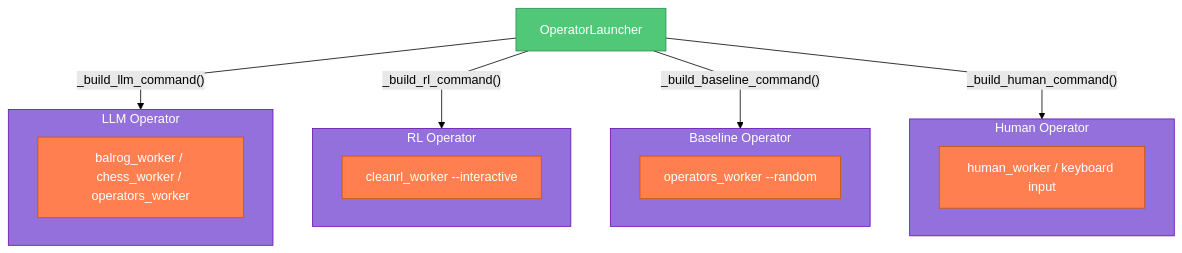
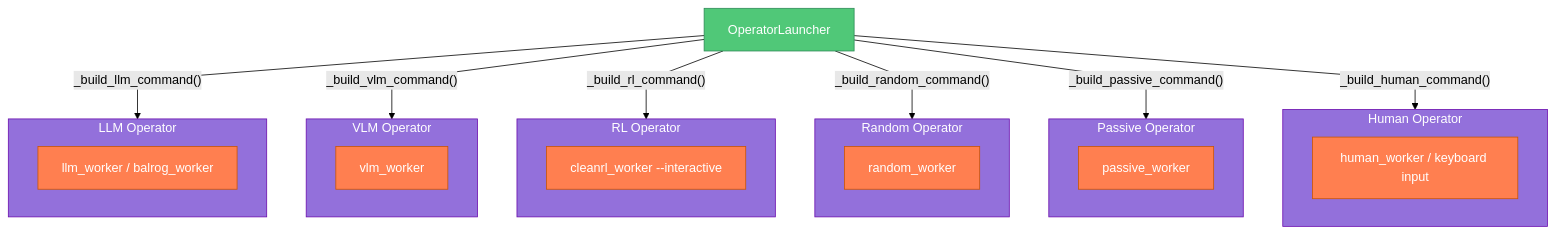
One commit to Abdulhamid97Mousa/mosaic changed the second of 4 diagrams in docs/source/documents/architecture/operators/architecture.rst. Above: the diagram before and after it, drawn with Mermaid (forest theme). The commit also changed other lines of this file and 353 other files, not shown here.

```diff
--- a/docs/source/documents/architecture/operators/architecture.rst
+++ b/docs/source/documents/architecture/operators/architecture.rst
@@ -192,36 +195,50 @@
 .. mermaid::
 
    %%{init: {"flowchart": {"curve": "linear"}} }%%
    graph TB
        LAUNCHER["OperatorLauncher"]
 
        subgraph OP_LLM["LLM Operator"]
-           LLM["balrog_worker / chess_worker / operators_worker"]
+           LLM["llm_worker / balrog_worker"]
+       end
+
+       subgraph OP_VLM["VLM Operator"]
+           VLM_W["vlm_worker"]
        end
 
        subgraph OP_RL["RL Operator"]
            RL["cleanrl_worker --interactive"]
        end
 
-       subgraph OP_BASE["Baseline Operator"]
-           BASE["operators_worker --random"]
+       subgraph OP_RANDOM["Random Operator"]
+           RANDOM["random_worker"]
+       end
+
+       subgraph OP_PASSIVE["Passive Operator"]
+           PASSIVE["passive_worker"]
        end
 
        subgraph OP_HUMAN["Human Operator"]
            HUMAN["human_worker / keyboard input"]
        end
 
        LAUNCHER -->|"_build_llm_command()"| OP_LLM
+       LAUNCHER -->|"_build_vlm_command()"| OP_VLM
        LAUNCHER -->|"_build_rl_command()"| OP_RL
-       LAUNCHER -->|"_build_baseline_command()"| OP_BASE
+       LAUNCHER -->|"_build_random_command()"| OP_RANDOM
+       LAUNCHER -->|"_build_passive_command()"| OP_PASSIVE
        LAUNCHER -->|"_build_human_command()"| OP_HUMAN
 
        style LAUNCHER fill:#50c878,stroke:#2e8b57,color:#fff
        style OP_LLM fill:#9370db,stroke:#6a0dad,color:#fff
+       style OP_VLM fill:#9370db,stroke:#6a0dad,color:#fff
        style OP_RL fill:#9370db,stroke:#6a0dad,color:#fff
-       style OP_BASE fill:#9370db,stroke:#6a0dad,color:#fff
+       style OP_RANDOM fill:#9370db,stroke:#6a0dad,color:#fff
+       style OP_PASSIVE fill:#9370db,stroke:#6a0dad,color:#fff
        style OP_HUMAN fill:#9370db,stroke:#6a0dad,color:#fff
        style LLM fill:#ff7f50,stroke:#cc5500,color:#fff
+       style VLM_W fill:#ff7f50,stroke:#cc5500,color:#fff
        style RL fill:#ff7f50,stroke:#cc5500,color:#fff
-       style BASE fill:#ff7f50,stroke:#cc5500,color:#fff
+       style RANDOM fill:#ff7f50,stroke:#cc5500,color:#fff
+       style PASSIVE fill:#ff7f50,stroke:#cc5500,color:#fff
        style HUMAN fill:#ff7f50,stroke:#cc5500,color:#fff
```
